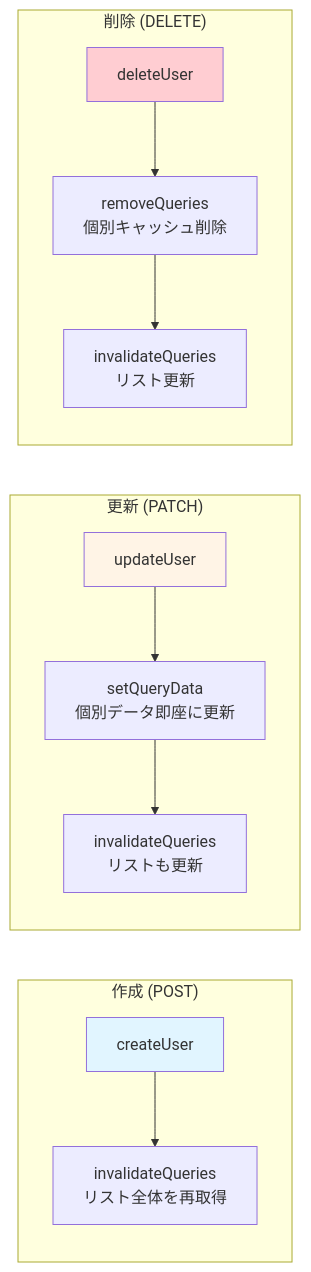
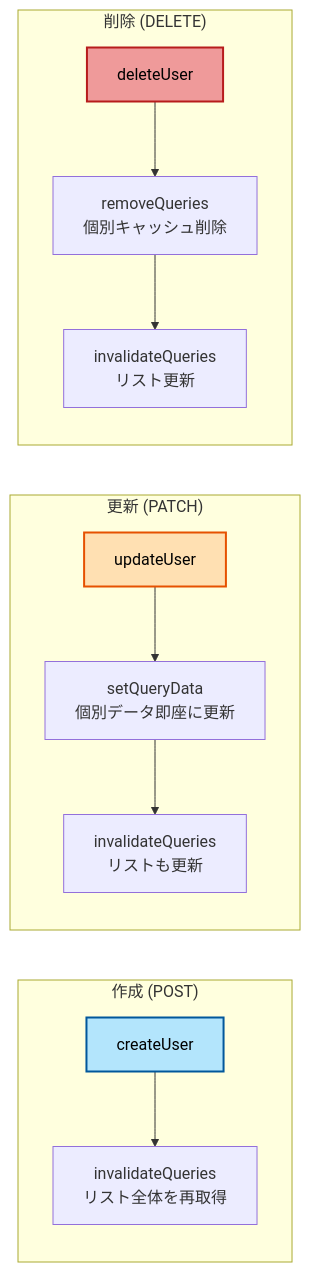
One commit to nomura-koshiro/next-app-docs changed the fifth of 5 diagrams in docs/06-guides/03-create-api.md. Above: the diagram before and after it, drawn with Mermaid. The commit also changed other lines of this file and 190 other files, not shown here.

````diff
--- a/docs/06-guides/03-create-api.md
+++ b/docs/06-guides/03-create-api.md
@@ -238,20 +238,20 @@
 ```mermaid
 graph LR
     subgraph "作成 (POST)"
         Create[createUser] --> Invalidate1[invalidateQueries<br/>リスト全体を再取得]
     end
 
     subgraph "更新 (PATCH)"
         Update[updateUser] --> SetData[setQueryData<br/>個別データ即座に更新]
         SetData --> Invalidate2[invalidateQueries<br/>リストも更新]
     end
 
     subgraph "削除 (DELETE)"
         Delete[deleteUser] --> Remove[removeQueries<br/>個別キャッシュ削除]
         Remove --> Invalidate3[invalidateQueries<br/>リスト更新]
     end
 
-    style Create fill:#e1f5ff
-    style Update fill:#fff4e6
-    style Delete fill:#ffcdd2
+    style Create fill:#b3e5fc,stroke:#01579b,stroke-width:2px,color:#000
+    style Update fill:#ffe0b2,stroke:#e65100,stroke-width:2px,color:#000
+    style Delete fill:#ef9a9a,stroke:#b71c1c,stroke-width:2px,color:#000
 ```
````
